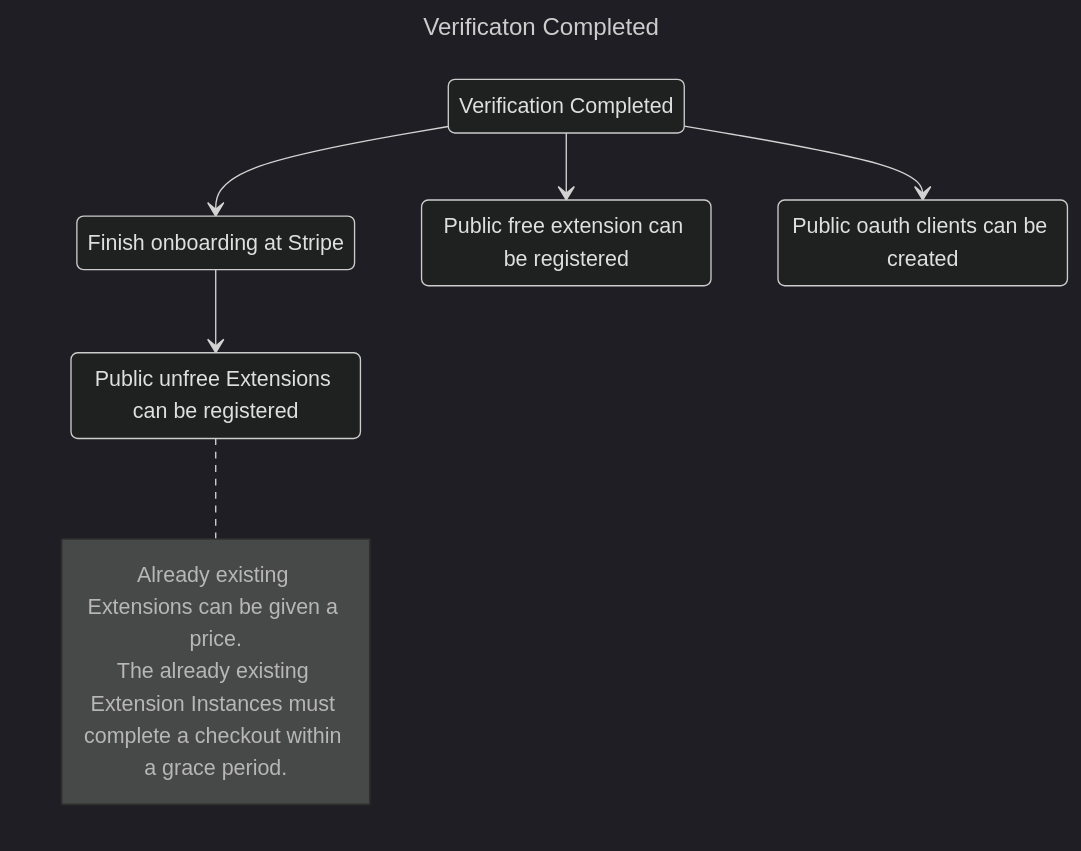
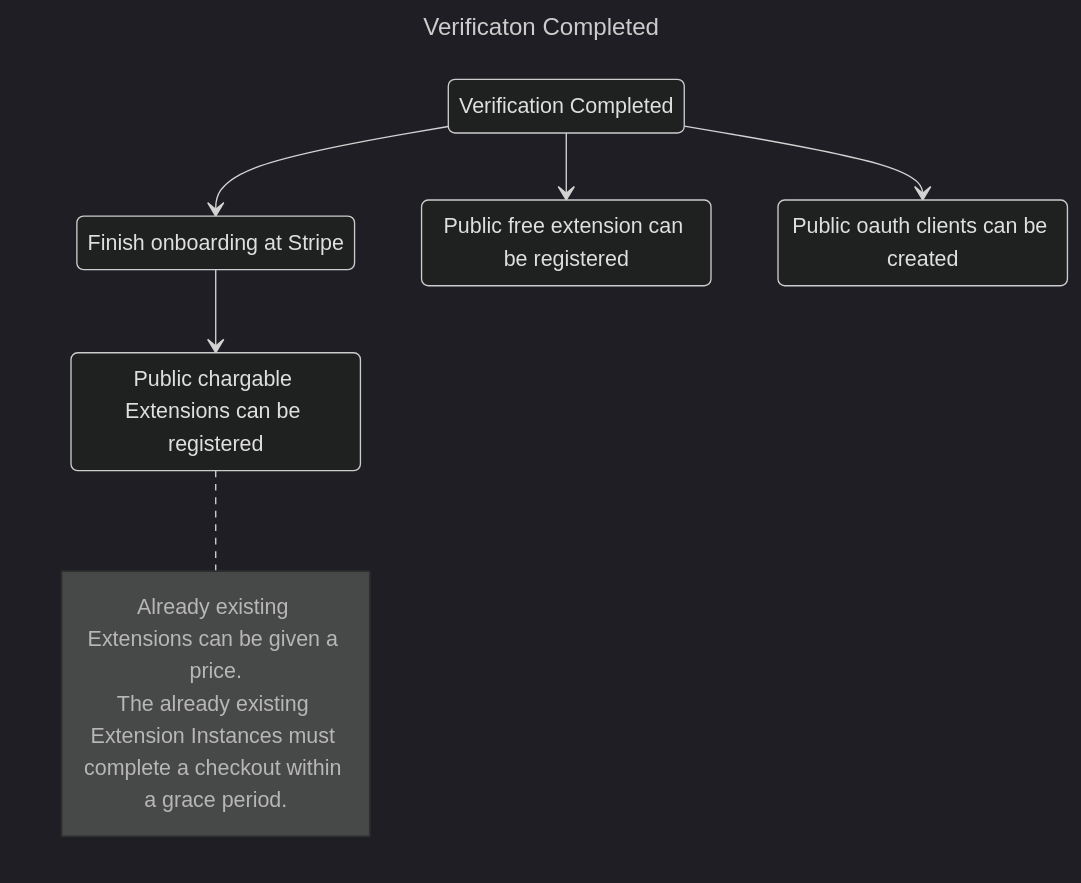
The second of 2 diagrams in docs/contribution/30-overview/3-contributor.mdx (mittwald/developer-portal), drawn with Mermaid (dark theme) before and after one commit. The commit also changed other lines of this file and 1 other file, not shown here.

Commit message:
unfree -> chargable

````diff
--- a/docs/contribution/30-overview/3-contributor.mdx
+++ b/docs/contribution/30-overview/3-contributor.mdx
@@ -35,22 +35,22 @@
 ```mermaid
 ---
 title: Verificaton Completed
 ---
 
 stateDiagram-v2
     C3: Verification Completed
     C4: Finish onboarding at Stripe
     E2: Public free extension can be registered
-    E3: Public unfree Extensions can be registered
+    E3: Public chargable Extensions can be registered
     O2: Public oauth clients can be created
 
     note right of E3
         Already existing Extensions can be given a price.
         The already existing Extension Instances must complete a checkout within a grace period.
     end note
 
     C3 --> E2
     C3 --> C4
     C3 --> O2
     C4 --> E3
 ```
````
